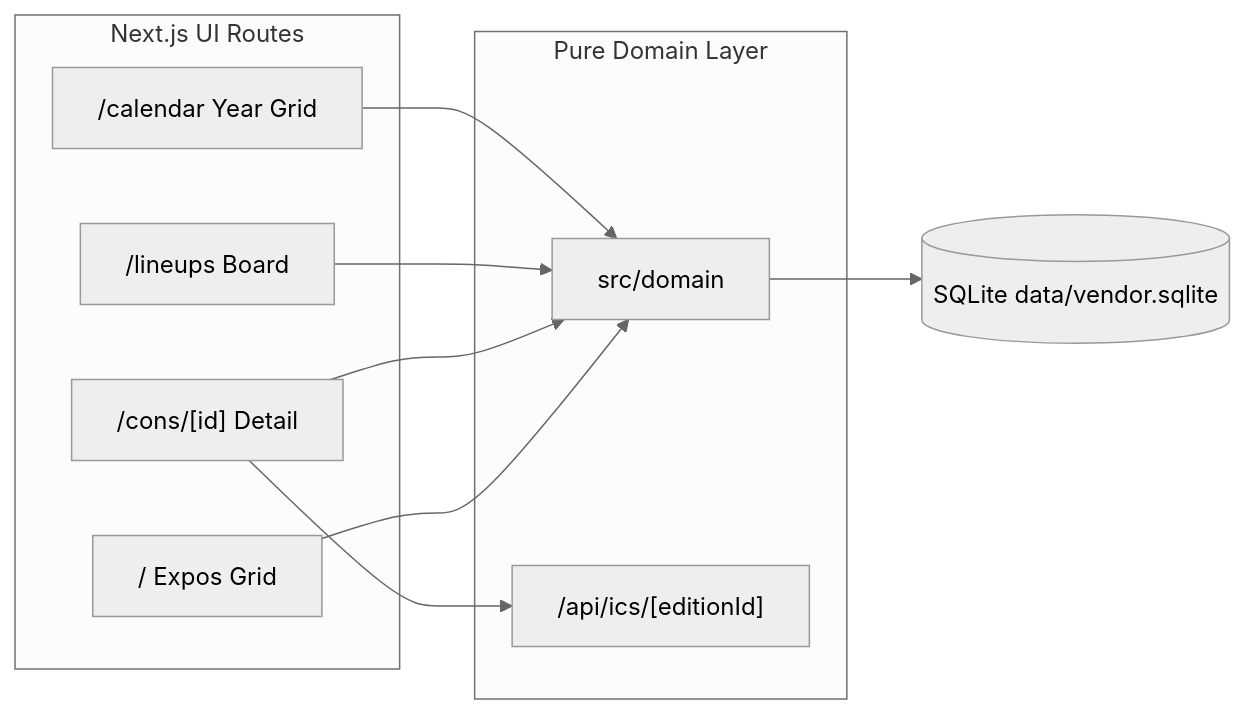
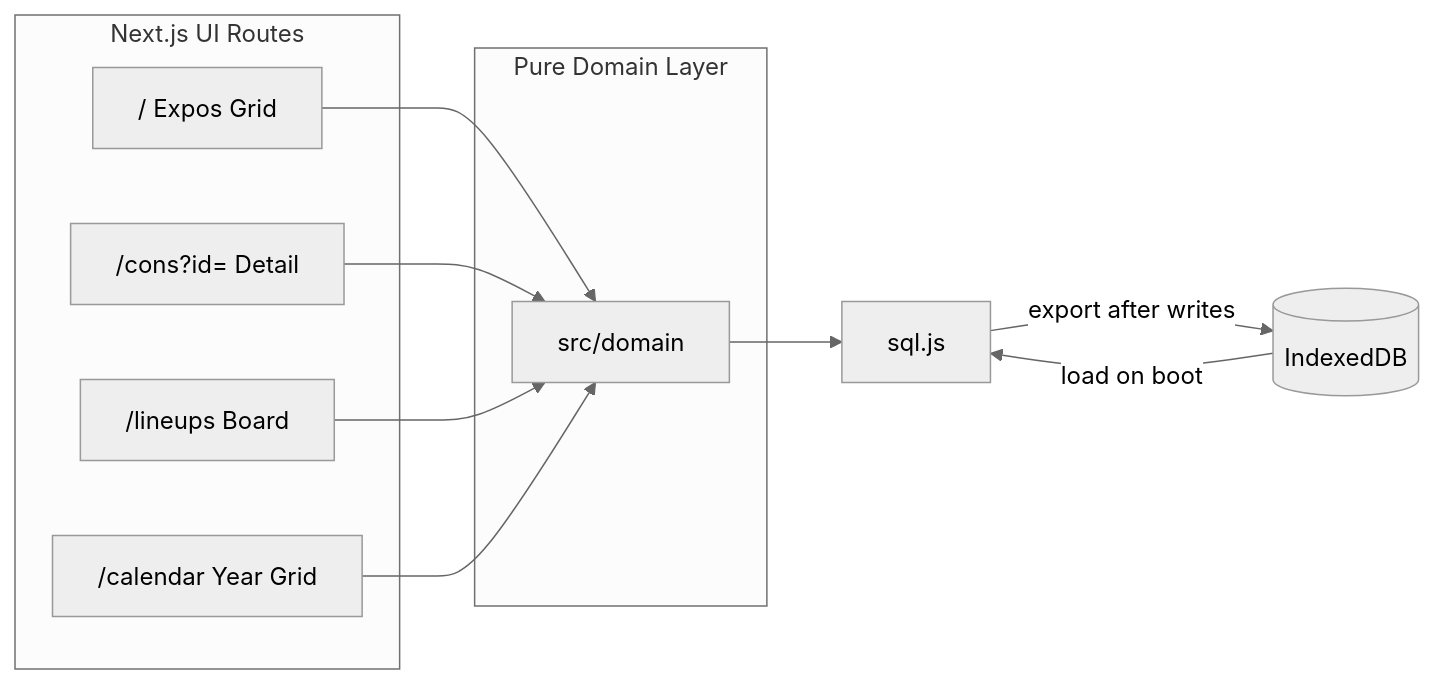
The first of 3 diagrams in docs/DESIGN.md (leav/expo_tracker), drawn with Mermaid (neutral theme) before and after one commit. The commit also changed other lines of this file and 54 other files, not shown here.

````diff
--- a/docs/DESIGN.md
+++ b/docs/DESIGN.md
@@ -24,23 +25,24 @@
 ```mermaid
 flowchart LR
   subgraph appViews [Next.js UI Routes]
     expos["/ Expos Grid"]
-    detail["/cons/[id] Detail"]
+    detail["/cons?id= Detail"]
     lineups["/lineups Board"]
     calendar["/calendar Year Grid"]
   end
 
   subgraph domainLayer [Pure Domain Layer]
     domain[src/domain]
-    ics["/api/ics/[editionId]"]
   end
 
-  db[(SQLite data/vendor.sqlite)]
+  sqljs[sql.js]
+  idb[(IndexedDB)]
 
   expos --> domain
   detail --> domain
   lineups --> domain
   calendar --> domain
-  detail --> ics
-  domain --> db
+  domain --> sqljs
+  sqljs -->|"export after writes"| idb
+  idb -->|"load on boot"| sqljs
 ```
````
